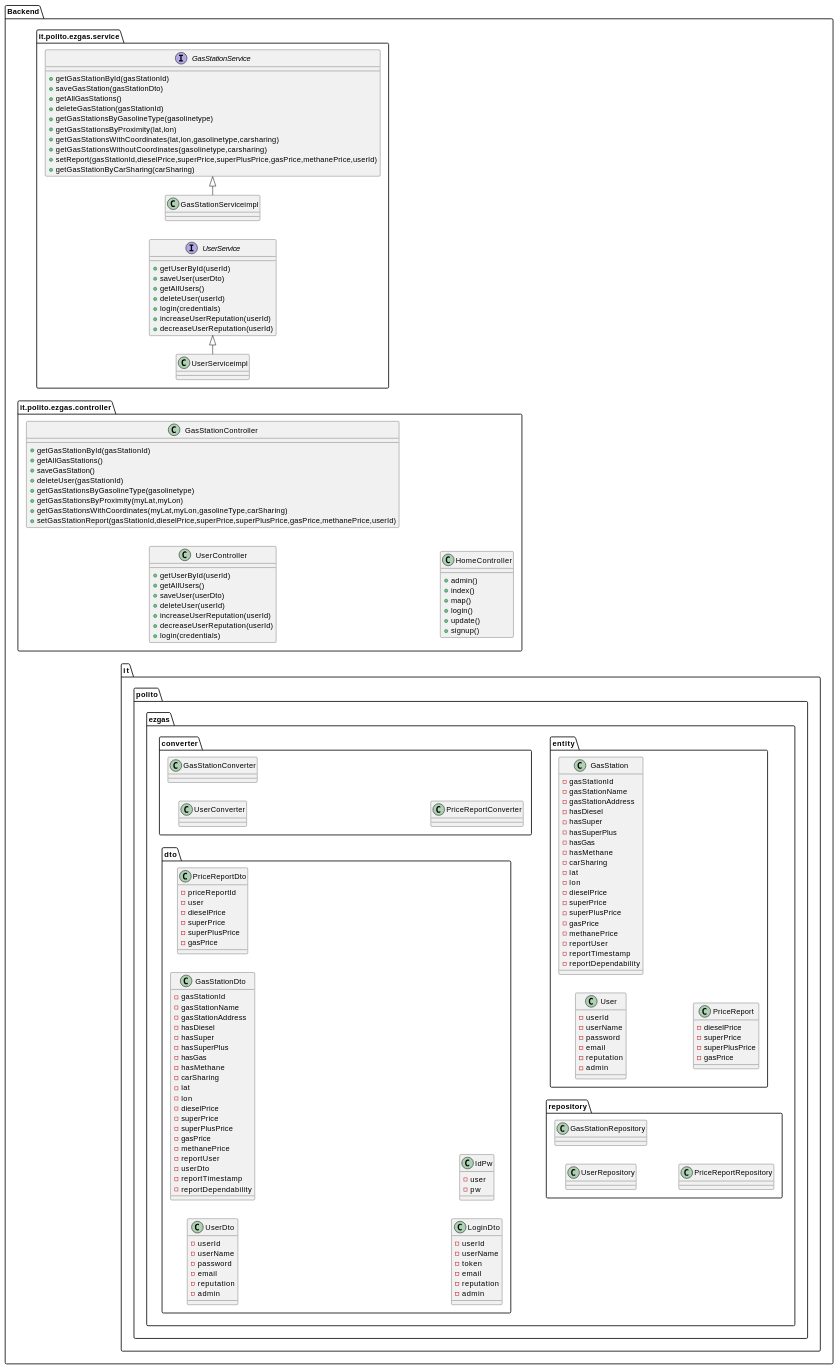
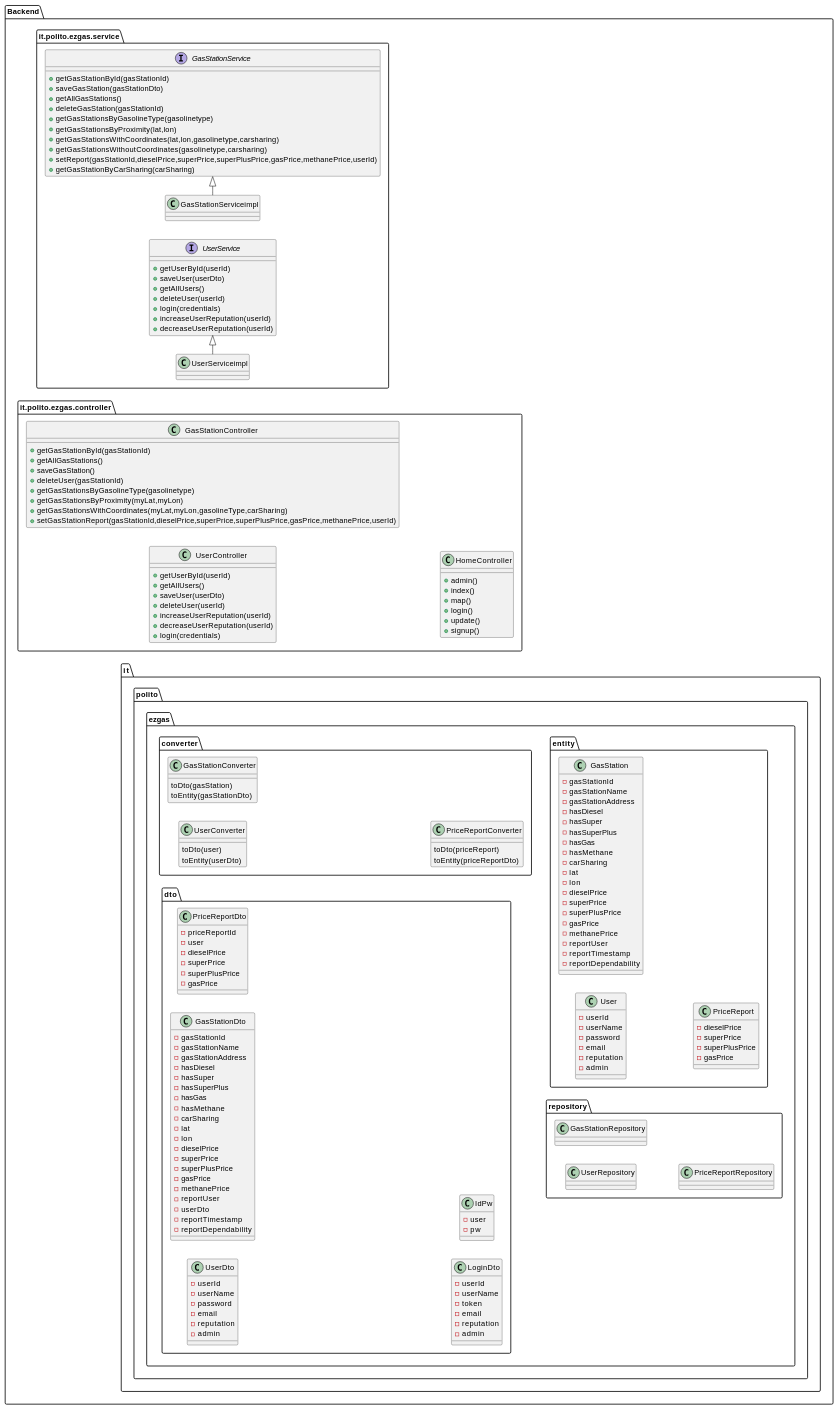
Before and after one commit to mosTavassoli/ezgas: the fourth of 15 diagrams in docs/DesignDocument.md, drawn with PlantUML.

Commit message:
docs(DesignDocument): add methods to converter classes in class diagram

```diff
--- a/docs/DesignDocument.md
+++ b/docs/DesignDocument.md
@@ -289,9 +289,18 @@
 }
 
 package "it.polito.ezgas.converter" {
-   class "UserConverter"
-   class "GasStationConverter"
-   class "PriceReportConverter"
+   class "UserConverter"{
+      toDto(user)
+      toEntity(userDto)
+   }
+   class "GasStationConverter"{
+      toDto(gasStation)
+      toEntity(gasStationDto)
+   }
+   class "PriceReportConverter"{
+      toDto(priceReport)
+      toEntity(priceReportDto)
+   }
 }
 
 package "it.polito.ezgas.dto" {
```
